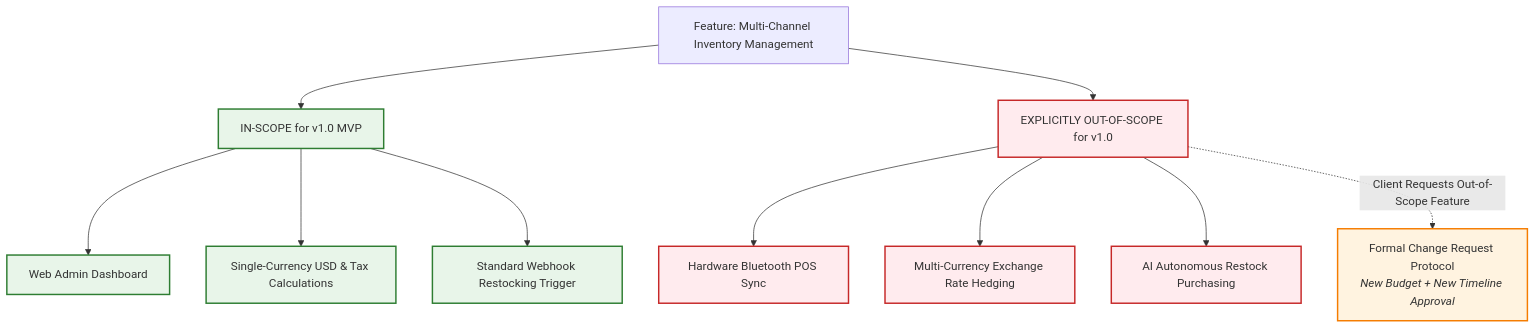
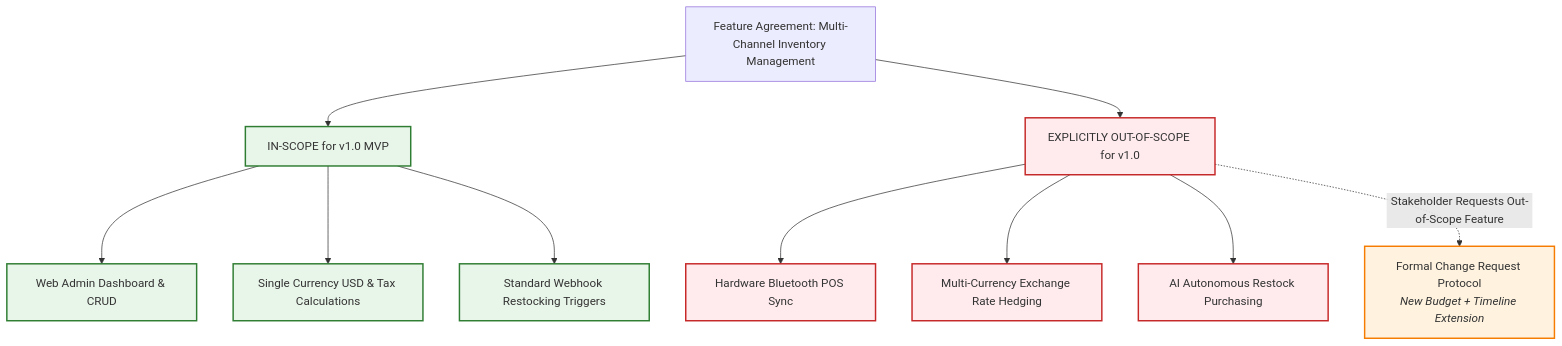
One commit to reviveproject4-source/OpenBSA changed the diagram in 06-edge-cases-and-anti-failure/05-the-anti-scope-creep-pact.md. Above: the diagram before and after it, drawn with Mermaid. The commit also changed other lines of this file and 18 other files, not shown here.

````diff
--- a/06-edge-cases-and-anti-failure/05-the-anti-scope-creep-pact.md
+++ b/06-edge-cases-and-anti-failure/05-the-anti-scope-creep-pact.md
@@ -20,19 +29,19 @@
 ```mermaid
 graph TD
     classDef inScope fill:#e8f5e9,stroke:#2e7d32,stroke-width:2px;
     classDef outScope fill:#ffebee,stroke:#c62828,stroke-width:2px;
     classDef crProcess fill:#fff3e0,stroke:#f57c00,stroke-width:2px;
 
-    Feature[Feature: Multi-Channel Inventory Management] --> InScope[IN-SCOPE for v1.0 MVP]:::inScope
-    Feature --> OutScope[EXPLICITLY OUT-OF-SCOPE for v1.0]:::outScope
+    Contract[Feature Agreement: Multi-Channel Inventory Management] --> InScope[IN-SCOPE for v1.0 MVP]:::inScope
+    Contract --> OutScope[EXPLICITLY OUT-OF-SCOPE for v1.0]:::outScope
 
-    InScope --> S1[Web Admin Dashboard]:::inScope
-    InScope --> S2[Single-Currency USD & Tax Calculations]:::inScope
-    InScope --> S3[Standard Webhook Restocking Trigger]:::inScope
+    InScope --> S1[Web Admin Dashboard & CRUD]:::inScope
+    InScope --> S2[Single Currency USD & Tax Calculations]:::inScope
+    InScope --> S3[Standard Webhook Restocking Triggers]:::inScope
 
     OutScope --> O1[Hardware Bluetooth POS Sync]:::outScope
     OutScope --> O2[Multi-Currency Exchange Rate Hedging]:::outScope
     OutScope --> O3[AI Autonomous Restock Purchasing]:::outScope
 
-    OutScope -.->|Client Requests Out-of-Scope Feature| CR[Formal Change Request Protocol<br/><i>New Budget + New Timeline Approval</i>]:::crProcess
+    OutScope -.->|Stakeholder Requests Out-of-Scope Feature| CR[Formal Change Request Protocol<br/><i>New Budget + Timeline Extension</i>]:::crProcess
 ```
````
